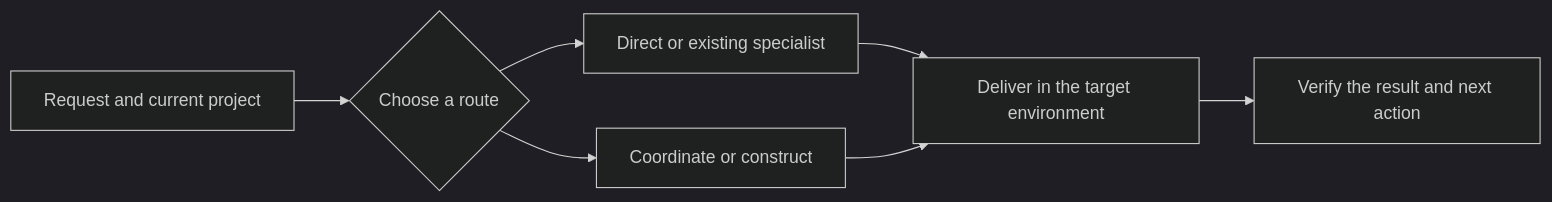
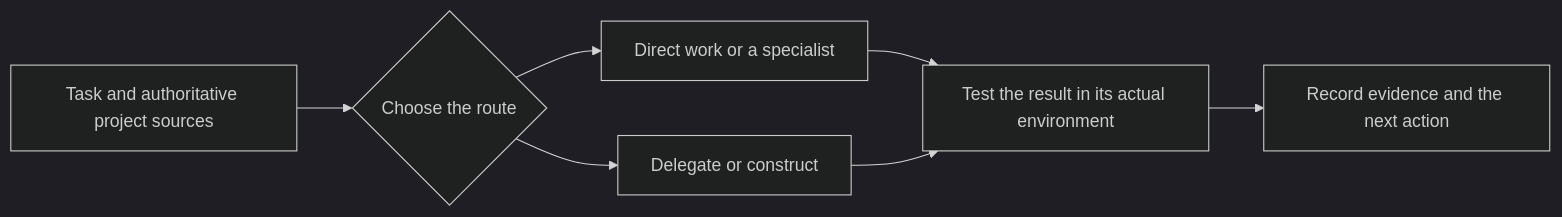
The diagram in README.md (alex-hohaizel/codex-agents), drawn with Mermaid (dark theme) before and after one commit. The commit also changed other lines of this file and 307 other files, not shown here.

````diff
--- a/README.md
+++ b/README.md
@@ -30,9 +30,9 @@
 ```mermaid
 flowchart LR
-    A["Request and current project"] --> B{"Choose a route"}
-    B --> C["Direct or existing specialist"]
-    B --> D["Coordinate or construct"]
-    C --> E["Deliver in the target environment"]
+    A["Task and authoritative project sources"] --> B{"Choose the route"}
+    B --> C["Direct work or a specialist"]
+    B --> D["Delegate or construct"]
+    C --> E["Test the result in its actual environment"]
     D --> E
-    E --> F["Verify the result and next action"]
+    E --> F["Record evidence and the next action"]
 ```
````
